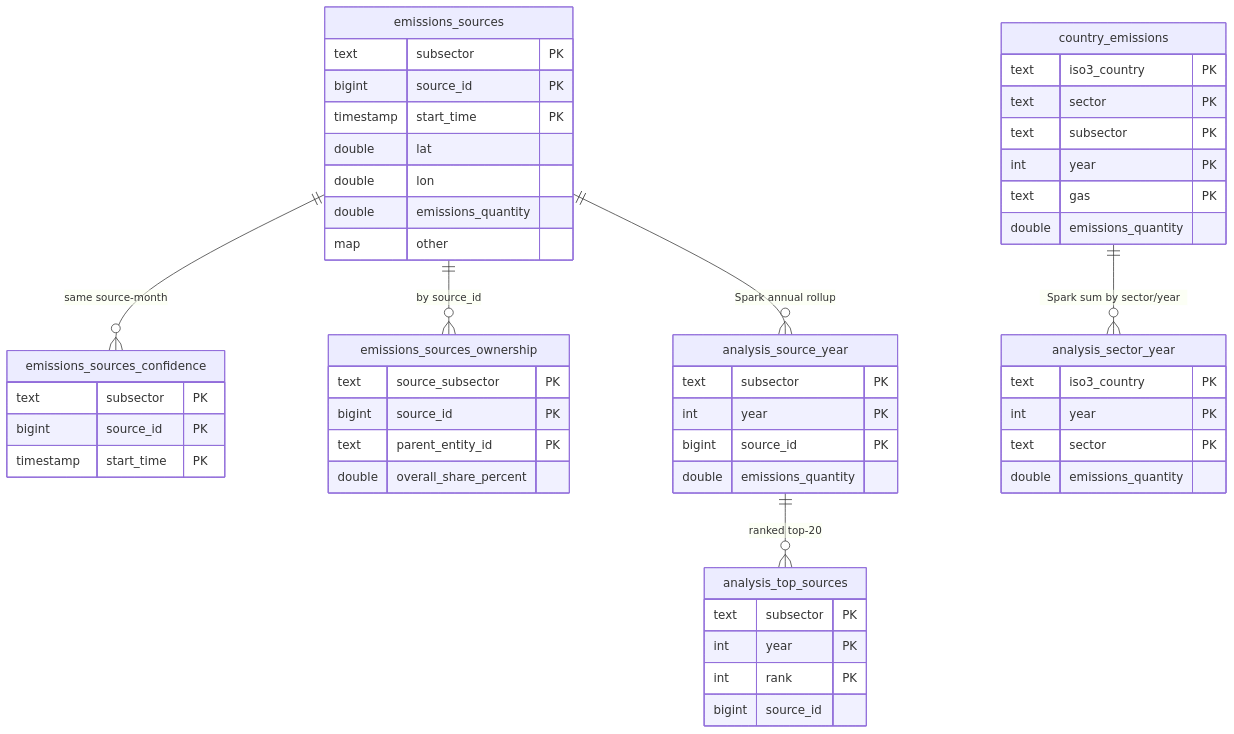
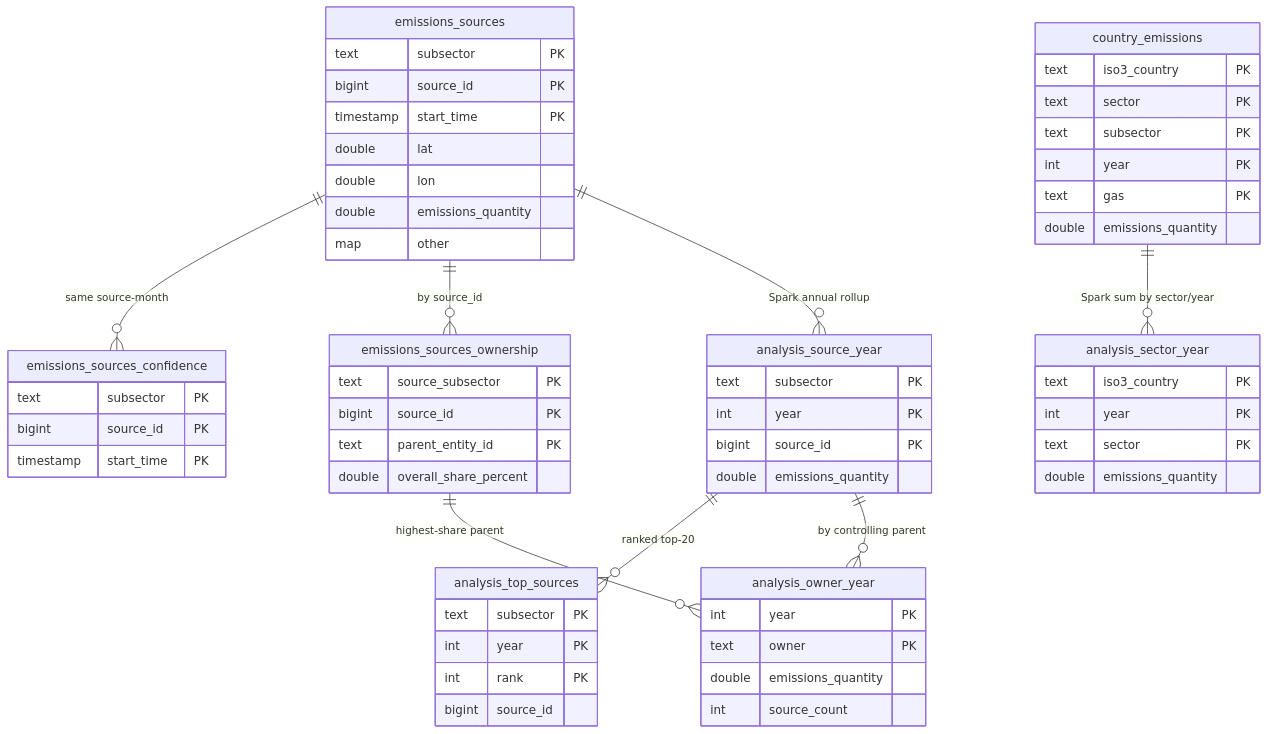
One commit to mugwump/germany-co2-emissions changed the second of 3 diagrams in README.md. Above: the diagram before and after it, drawn with Mermaid. The commit also changed other lines of this file and 2 other files, not shown here.

Commit message:
feat(spark): add emissions-by-ownership statistic
New analysis_owner_year table: each source's full CO2 credited to its
controlling parent (highest overall_share_percent in the ownership path),
summed per owner per year. Top owner = RWE AG. 1014 owner-year rows.

- cassandra/schema.cql: analysis_owner_year, PK ((year), owner)
- ownerYearStat() in the Kotlin job
- README: step 3 + ER diagram updated

````diff
--- a/README.md
+++ b/README.md
@@ -51,55 +51,63 @@
 ```mermaid
 erDiagram
     country_emissions {
         text iso3_country PK
         text sector PK
         text subsector PK
         int year PK
         text gas PK
         double emissions_quantity
     }
     emissions_sources {
         text subsector PK
         bigint source_id PK
         timestamp start_time PK
         double lat
         double lon
         double emissions_quantity
         map other
     }
     emissions_sources_confidence {
         text subsector PK
         bigint source_id PK
         timestamp start_time PK
     }
     emissions_sources_ownership {
         text source_subsector PK
         bigint source_id PK
         text parent_entity_id PK
         double overall_share_percent
     }
     analysis_sector_year {
         text iso3_country PK
         int year PK
         text sector PK
         double emissions_quantity
     }
     analysis_source_year {
         text subsector PK
         int year PK
         bigint source_id PK
         double emissions_quantity
     }
     analysis_top_sources {
         text subsector PK
         int year PK
         int rank PK
         bigint source_id
     }
+    analysis_owner_year {
+        int year PK
+        text owner PK
+        double emissions_quantity
+        int source_count
+    }
 
     country_emissions   ||--o{ analysis_sector_year : "Spark sum by sector/year"
     emissions_sources   ||--o{ emissions_sources_confidence : "same source-month"
     emissions_sources   ||--o{ emissions_sources_ownership : "by source_id"
     emissions_sources   ||--o{ analysis_source_year : "Spark annual rollup"
     analysis_source_year ||--o{ analysis_top_sources : "ranked top-20"
+    analysis_source_year     ||--o{ analysis_owner_year : "by controlling parent"
+    emissions_sources_ownership ||--o{ analysis_owner_year : "highest-share parent"
 ```
````
